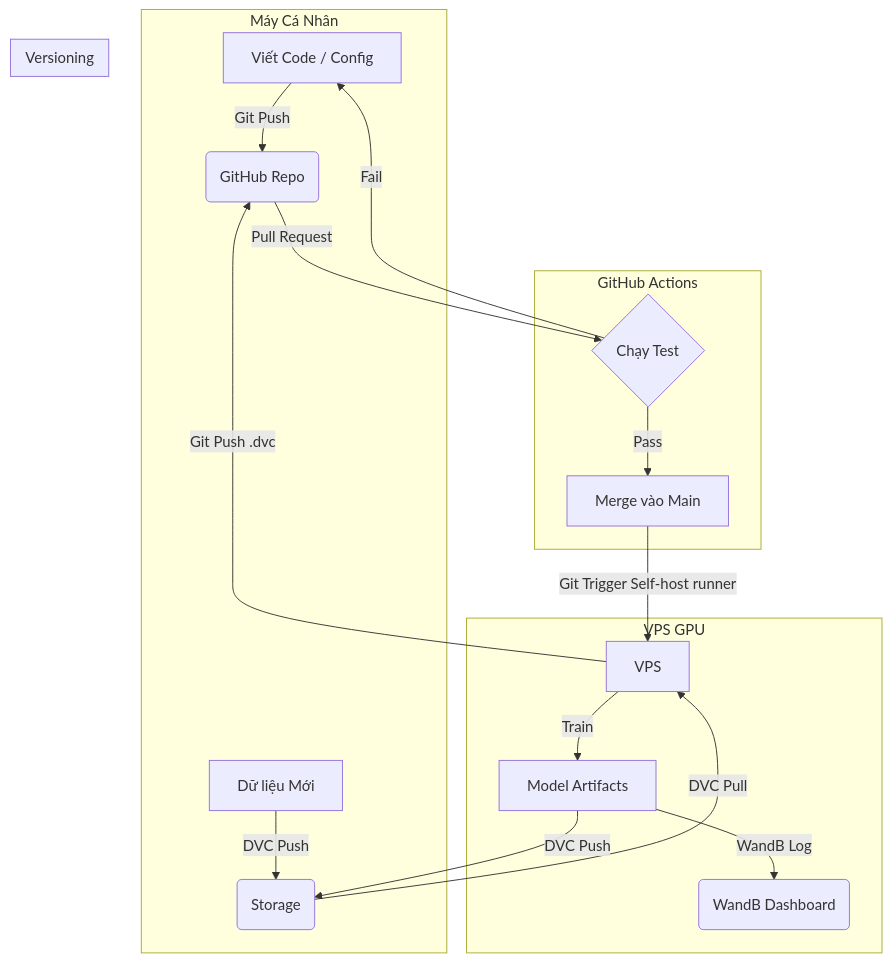
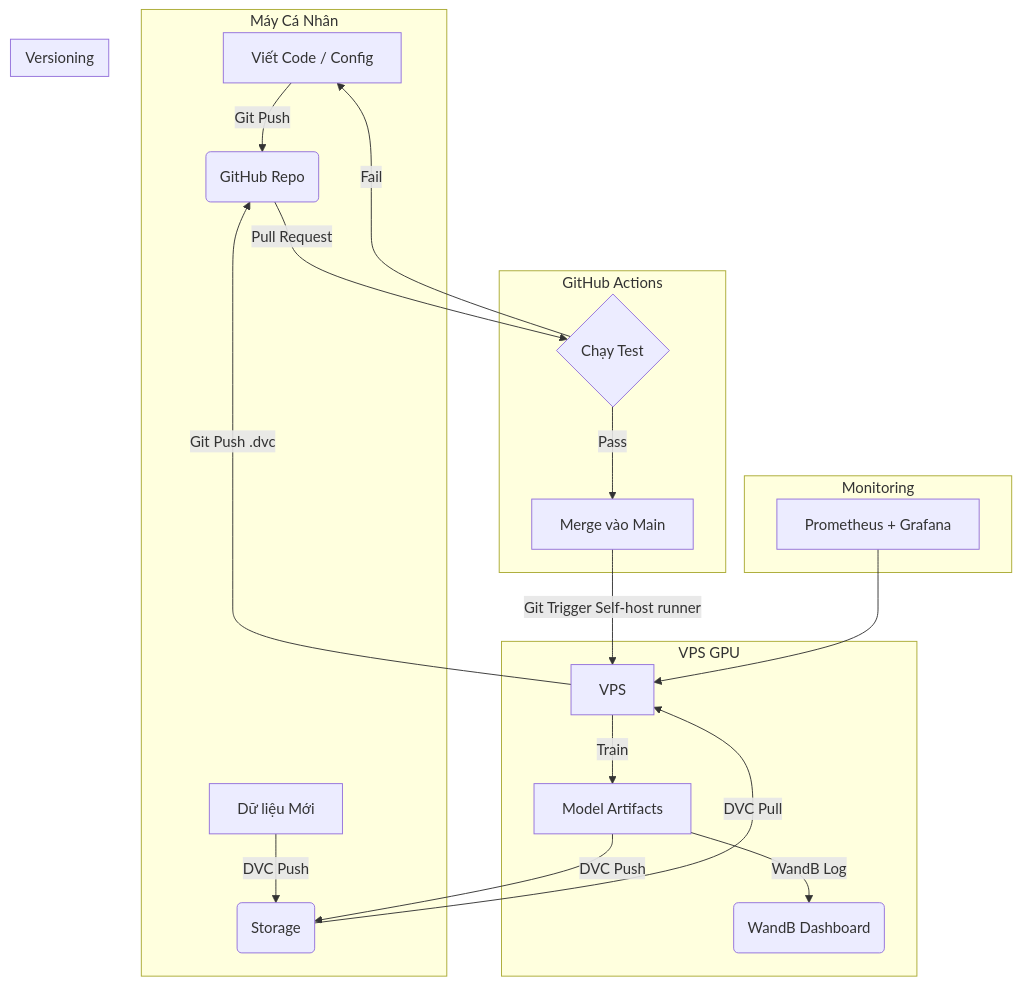
The diagram in README.md (quangzp/pix2pix-mlops), drawn with Mermaid before and after one commit.

Commit message:
Add monitoring subgraph to README

````diff
--- a/README.md
+++ b/README.md
@@ -141,25 +141,28 @@
 ```mermaid
 graph TD
     subgraph Local_Dev [Máy Cá Nhân]
         A[Viết Code / Config] -->|Git Push| B(GitHub Repo)
         C[Dữ liệu Mới] -->|DVC Push| D(Storage)
     end
 
     subgraph CI_CD [GitHub Actions]
         B -->|Pull Request| E{Chạy Test}
         E -->|Pass| F[Merge vào Main]
         E -->|Fail| A
     end
 
     subgraph Cloud_Training [VPS GPU]
         F -->|Git Trigger Self-host runner| G[VPS]
         D -->|DVC Pull| G
         G -->|Train| H[Model Artifacts]
         H -->|WandB Log| I(WandB Dashboard)
         H -->|DVC Push| D
     end
+    subgraph Monitoring [Monitoring]
+        K[Prometheus + Grafana] --> G[VPS]
+    end
 
     subgraph Versioning
         G -->|Git Push .dvc| B
     end
 ```
````
